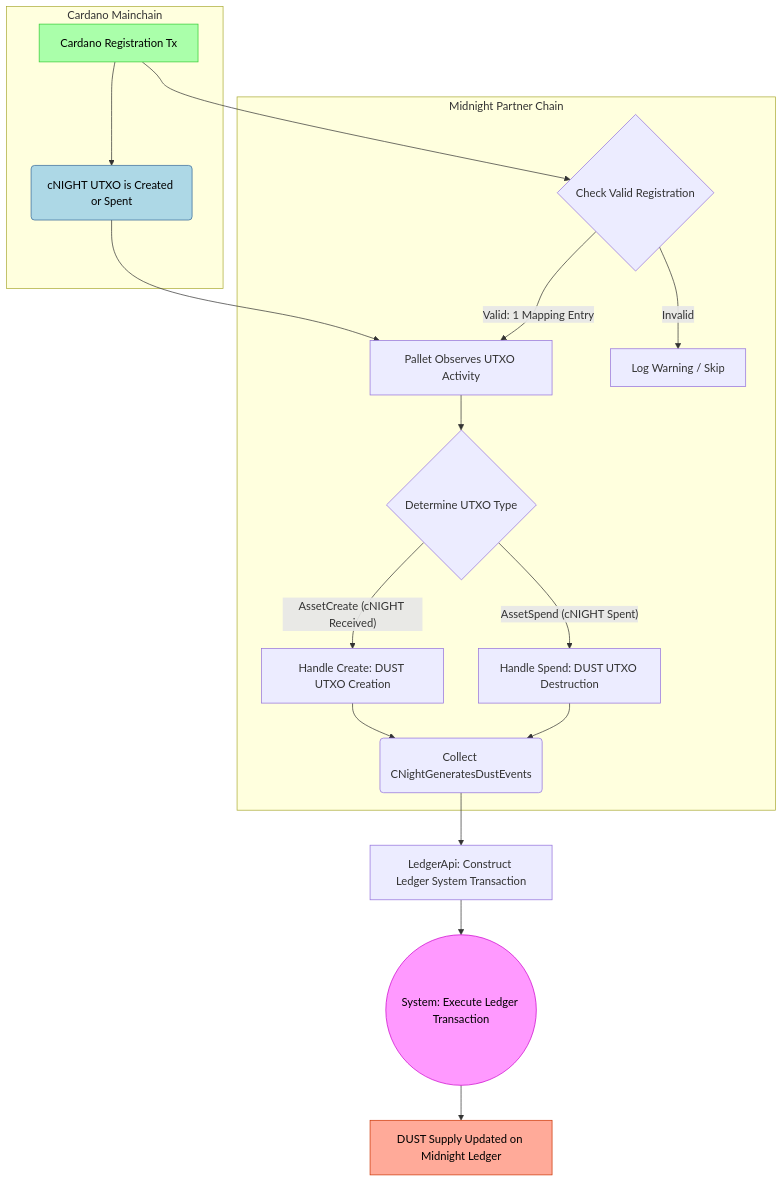
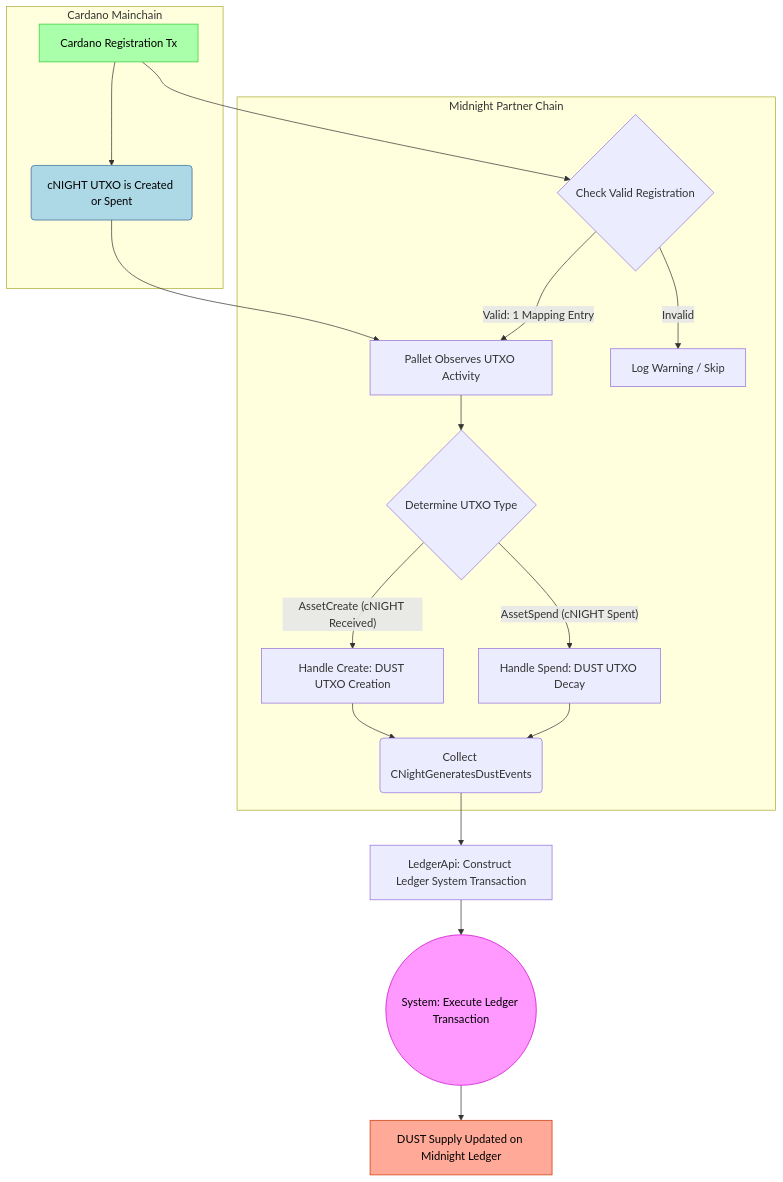
Before and after one commit to midnightntwrk/midnight-docs: the third of 3 diagrams in docs/concepts/dust-architecture.mdx, drawn with Mermaid. The commit also changed other lines of this file and 7 other files, not shown here.

````diff
--- a/docs/concepts/dust-architecture.mdx
+++ b/docs/concepts/dust-architecture.mdx
@@ -300,38 +300,38 @@
 ```mermaid
 flowchart TD
     subgraph Cardano Mainchain
         C1[Cardano Registration Tx] --> C2(cNIGHT UTXO is Created or Spent);
     end
 
     subgraph Midnight Partner Chain
         M1{Check Valid Registration};
         C1 --> M1;
         C2 --> M2[Pallet Observes UTXO Activity];
 
         M1 -- Valid: 1 Mapping Entry --> M2;
         M1 -- Invalid --> M3[Log Warning / Skip];
 
         M2 --> M4{Determine UTXO Type};
 
         M4 -- AssetCreate (cNIGHT Received) --> M5[Handle Create: DUST UTXO Creation];
-        M4 -- AssetSpend (cNIGHT Spent) --> M6[Handle Spend: DUST UTXO Destruction];
+        M4 -- AssetSpend (cNIGHT Spent) --> M6[Handle Spend: DUST UTXO Decay];
 
         M5 --> M7(Collect CNightGeneratesDustEvents);
         M6 --> M7;
     end
 
     M7 --> M8[LedgerApi: Construct Ledger System Transaction];
     M8 --> M9((System: Execute Ledger Transaction));
 
     M9 --> R[DUST Supply Updated on Midnight Ledger];
 
     classDef green fill:#aaffaa,stroke:#3c3,color:#000
     classDef blue fill:#add8e6,stroke:#369,color:#000
     classDef pink fill:#f9f,stroke:#c0c,color:#000
     classDef salmon fill:#ffaa99,stroke:#c30,color:#000
 
     class C1 green
     class C2 blue
     class M9 pink
     class R salmon
 ```
````
